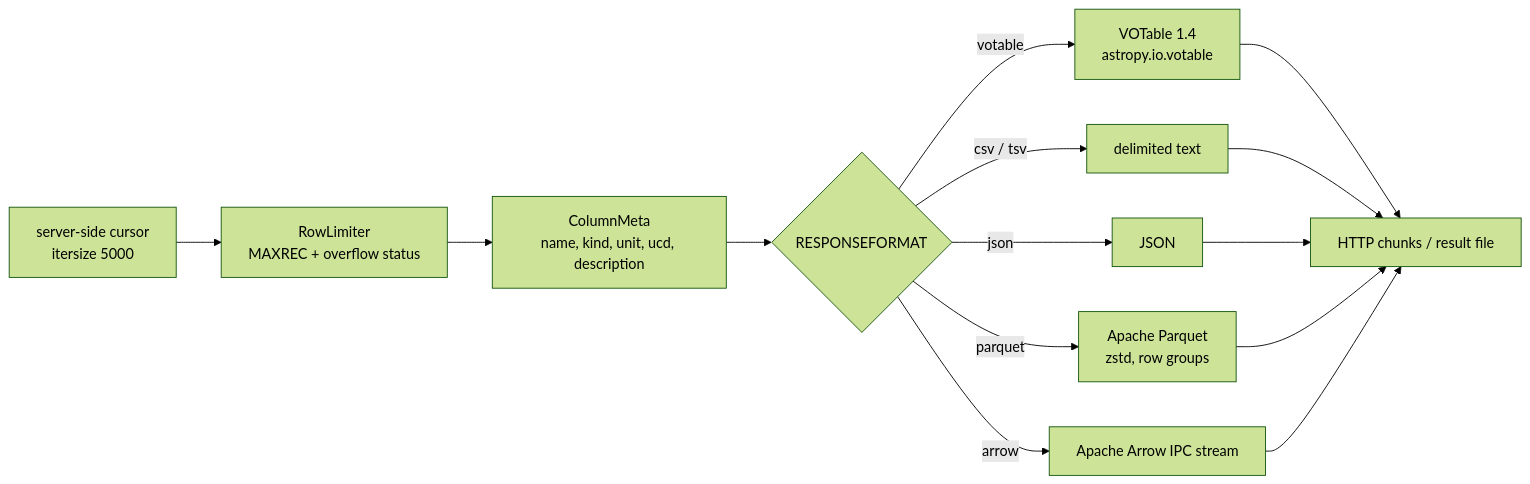
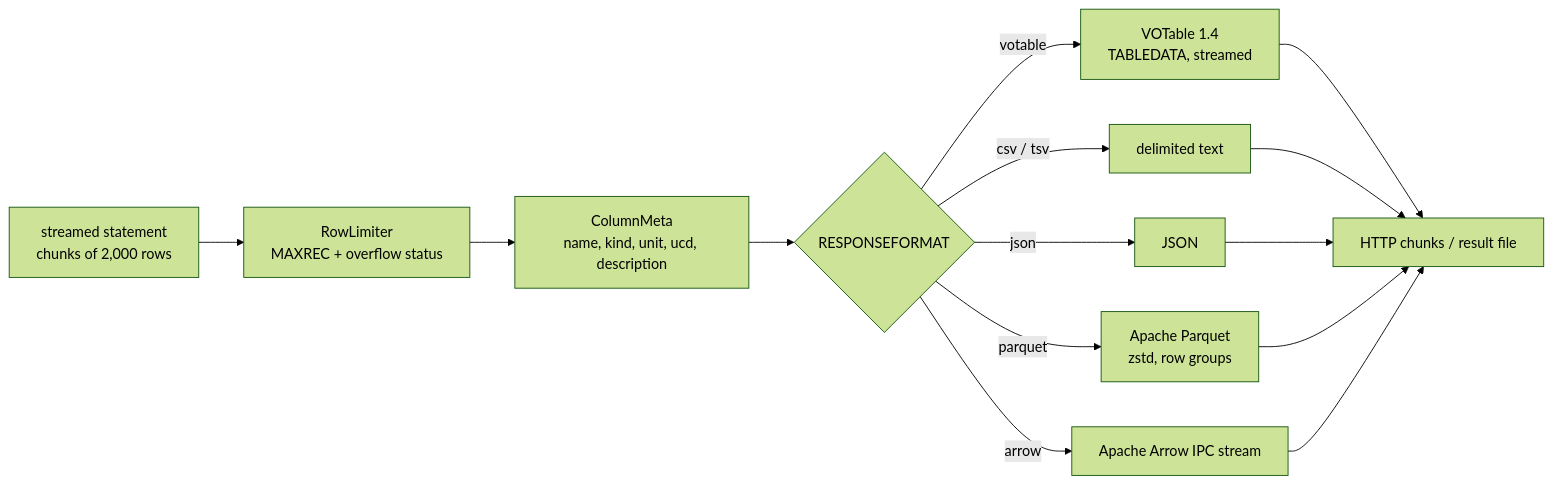
Before and after one commit to MicheleDelliVeneri/skao-tap: the seventh of 10 diagrams in docs/architecture.md, drawn with Mermaid (forest theme). The commit also changed other lines of this file and 33 other files, not shown here.

````diff
--- a/docs/architecture.md
+++ b/docs/architecture.md
@@ -211,12 +212,12 @@
 ```mermaid
 graph LR
-    cur["server-side cursor<br/>itersize 5000"] --> lim["RowLimiter<br/>MAXREC + overflow status"]
+    cur["streamed statement<br/>chunks of 2,000 rows"] --> lim["RowLimiter<br/>MAXREC + overflow status"]
     lim --> cols["ColumnMeta<br/>name, kind, unit, ucd, description"]
     cols --> ser{"RESPONSEFORMAT"}
-    ser -->|votable| vt["VOTable 1.4<br/>astropy.io.votable"]
+    ser -->|votable| vt["VOTable 1.4<br/>TABLEDATA, streamed"]
     ser -->|csv / tsv| dsv["delimited text"]
     ser -->|json| js["JSON"]
     ser -->|parquet| pq["Apache Parquet<br/>zstd, row groups"]
     ser -->|arrow| ar["Apache Arrow IPC stream"]
     vt & dsv & js & pq & ar --> out["HTTP chunks / result file"]
 ```
````
